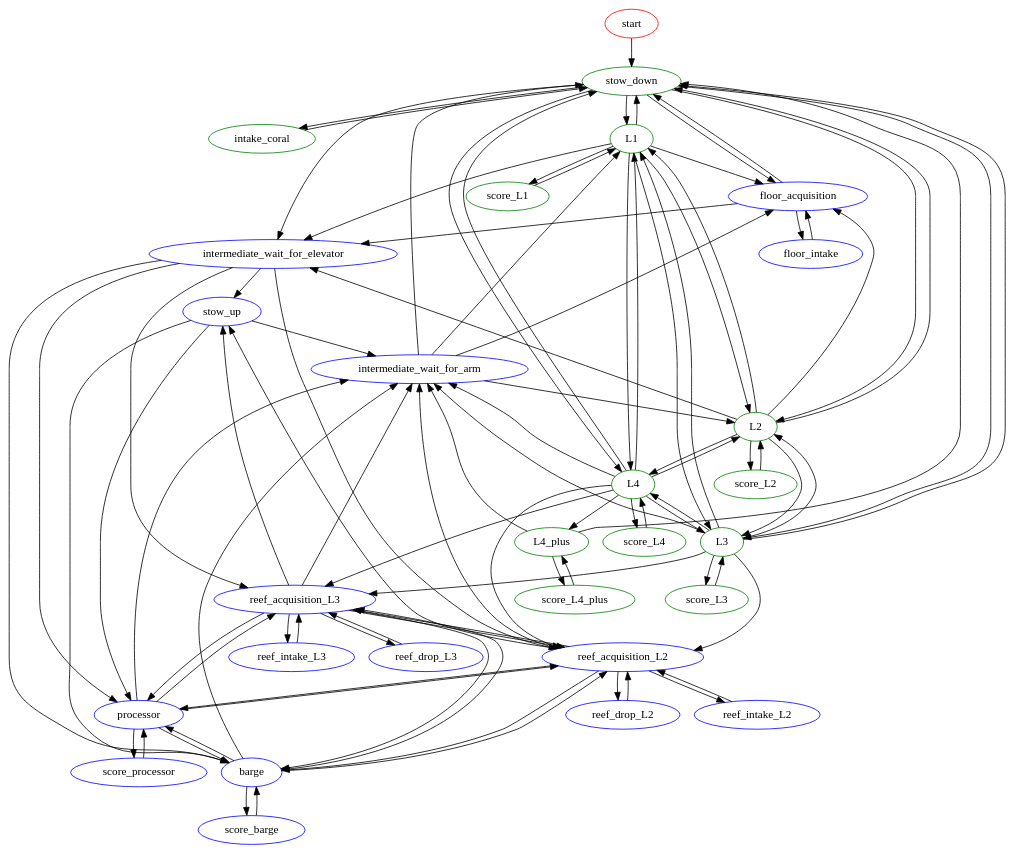
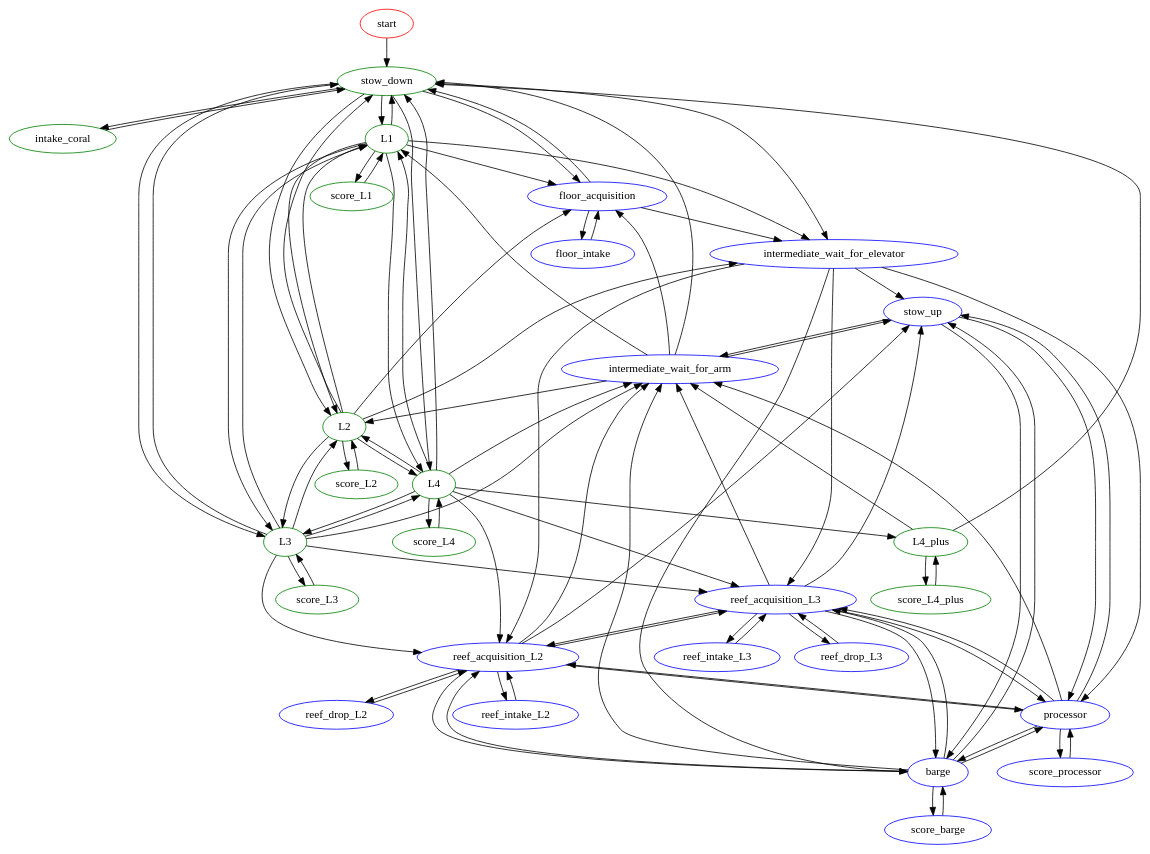
One commit to Team-190/2k25-Robot-Code changed the diagram in Superstructure.dot. Above: the diagram before and after it, drawn with Graphviz. The commit also changed 6 other files, not shown here.

Commit message:
format and update superstructure graph

```diff
--- a/Superstructure.dot
+++ b/Superstructure.dot
@@ -162,6 +162,10 @@
   stow_up -> barge
   stow_up -> processor
   
+  intermediate_wait_for_arm -> stow_up
+
+  barge -> stow_up
+  processor -> stow_up
   // floor_acquisition
   floor_acquisition -> stow_down
   
```
